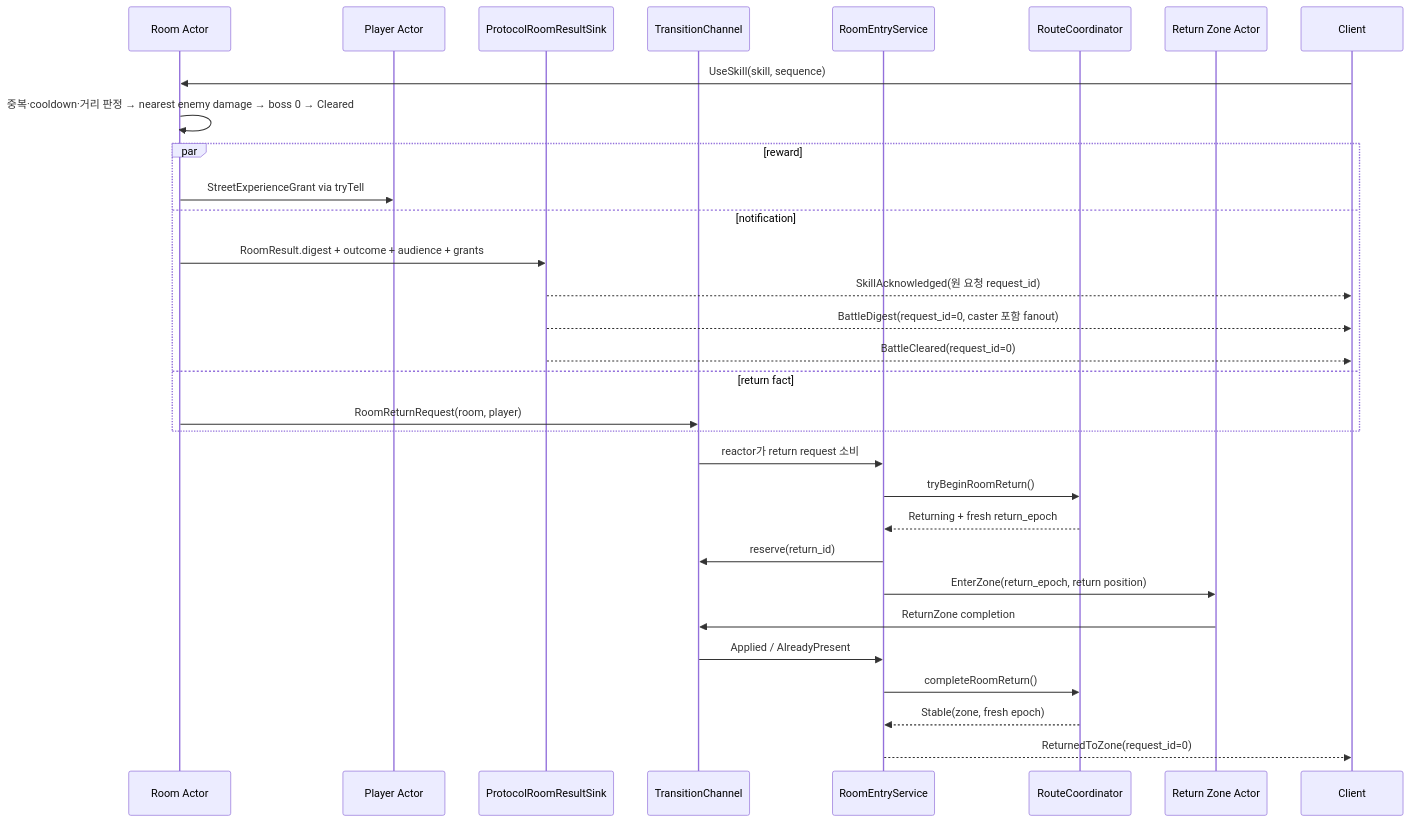
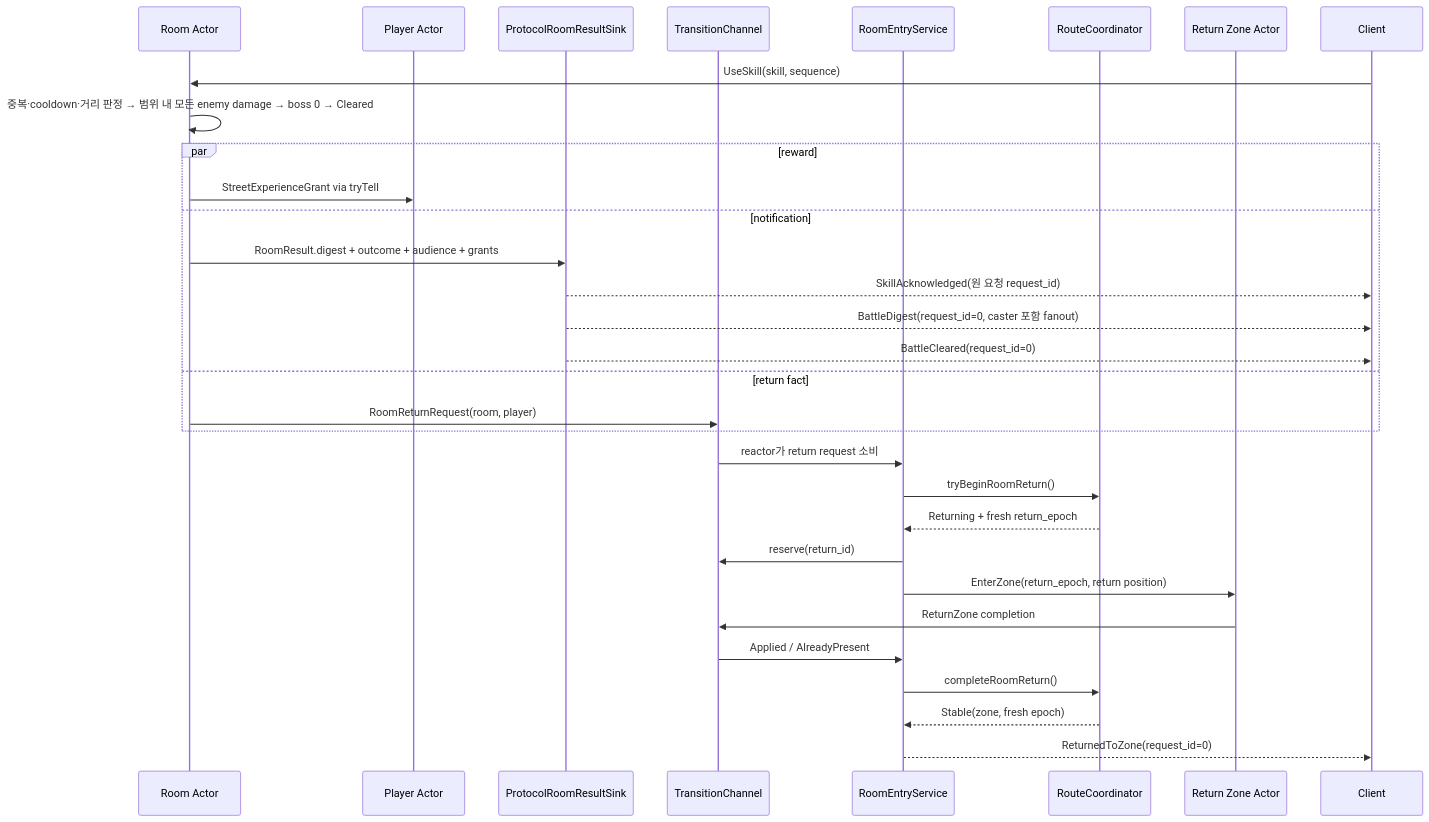
Before and after one commit to oak-cassia/SnF: the fourth of 5 diagrams in docs/actor-interaction-architecture.md, drawn with Mermaid. The commit also changed other lines of this file and 7 other files, not shown here.

````diff
--- a/docs/actor-interaction-architecture.md
+++ b/docs/actor-interaction-architecture.md
@@ -304,34 +304,34 @@
 ```mermaid
 sequenceDiagram
     participant R as Room Actor
     participant P as Player Actor
     participant PS as ProtocolRoomResultSink
     participant Q as TransitionChannel
     participant S as RoomEntryService
     participant RC as RouteCoordinator
     participant Z as Return Zone Actor
     participant C as Client
 
     C->>R: UseSkill(skill, sequence)
-    R->>R: 중복·cooldown·거리 판정 → nearest enemy damage → boss 0 → Cleared
+    R->>R: 중복·cooldown·거리 판정 → 범위 내 모든 enemy damage → boss 0 → Cleared
     par reward
         R->>P: StreetExperienceGrant via tryTell
     and notification
         R->>PS: RoomResult.digest + outcome + audience + grants
         PS-->>C: SkillAcknowledged(원 요청 request_id)
         PS-->>C: BattleDigest(request_id=0, caster 포함 fanout)
         PS-->>C: BattleCleared(request_id=0)
     and return fact
         R->>Q: RoomReturnRequest(room, player)
     end
     Q->>S: reactor가 return request 소비
     S->>RC: tryBeginRoomReturn()
     RC-->>S: Returning + fresh return_epoch
     S->>Q: reserve(return_id)
     S->>Z: EnterZone(return_epoch, return position)
     Z->>Q: ReturnZone completion
     Q->>S: Applied / AlreadyPresent
     S->>RC: completeRoomReturn()
     RC-->>S: Stable(zone, fresh epoch)
     S-->>C: ReturnedToZone(request_id=0)
 ```
````
